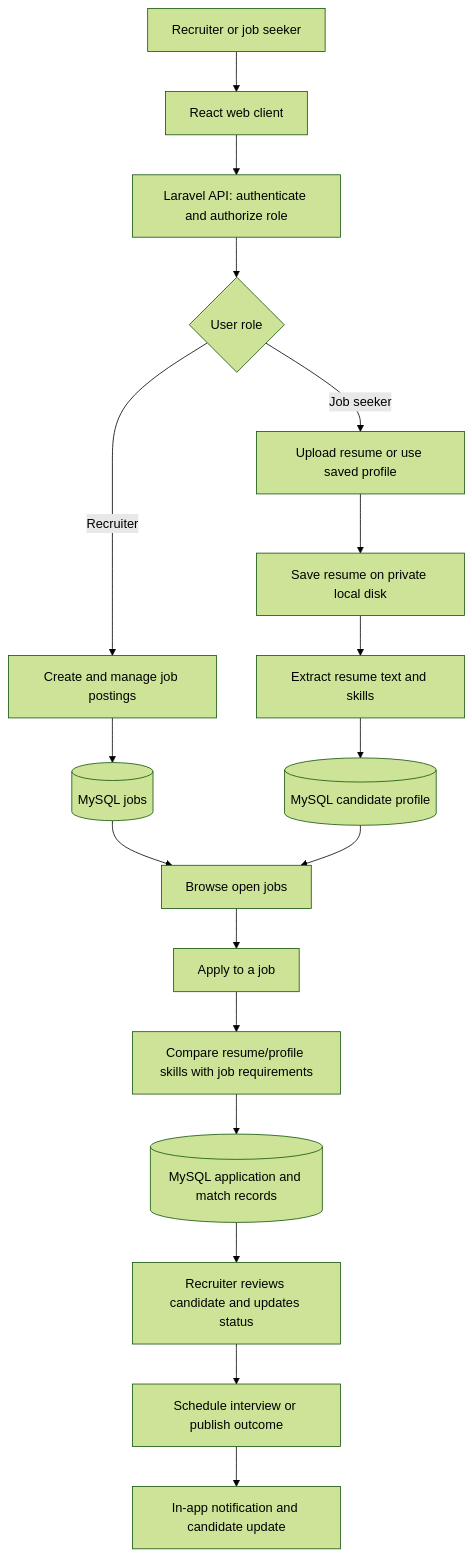
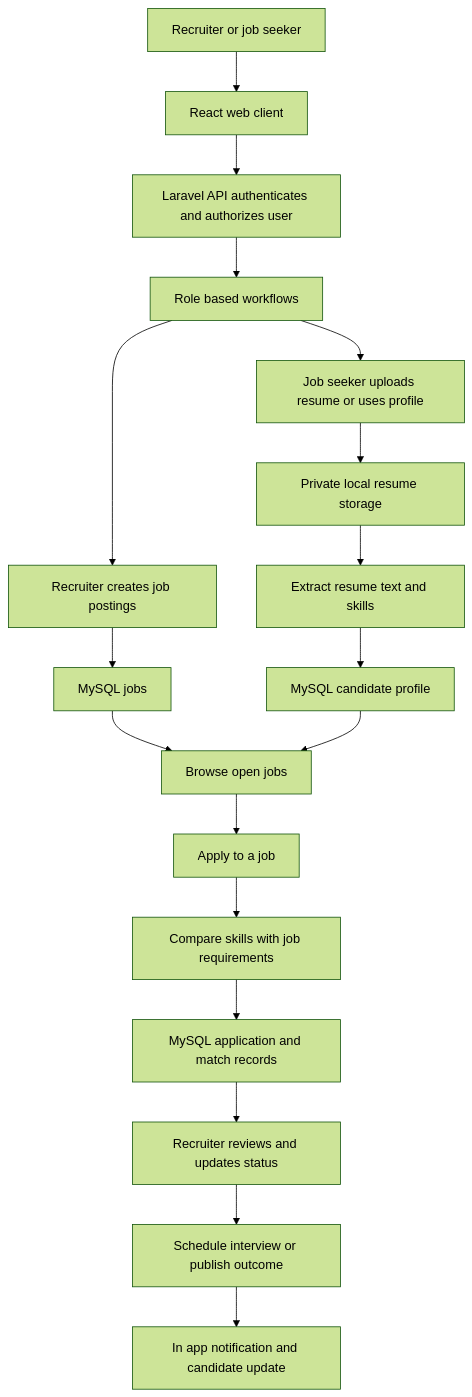
One commit to monishacd/AWS-based-applicant-tracking-system changed the third of 4 diagrams in README.md. Above: the diagram before and after it, drawn with Mermaid (forest theme). The commit also changed other lines of this file, not shown here.

````diff
--- a/README.md
+++ b/README.md
@@ -607,20 +607,20 @@
 ```mermaid
-flowchart TD
+graph TD
     Browser[Recruiter or job seeker] --> Client[React web client]
-    Client --> Auth[Laravel API: authenticate and authorize role]
-    Auth --> Role{User role}
-    Role -->|Recruiter| JobSetup[Create and manage job postings]
-    JobSetup --> Jobs[(MySQL jobs)]
-    Role -->|Job seeker| Resume[Upload resume or use saved profile]
-    Resume --> Store[Save resume on private local disk]
+    Client --> Auth[Laravel API authenticates and authorizes user]
+    Auth --> Role[Role based workflows]
+    Role --> JobSetup[Recruiter creates job postings]
+    JobSetup --> Jobs[MySQL jobs]
+    Role --> Resume[Job seeker uploads resume or uses profile]
+    Resume --> Store[Private local resume storage]
     Store --> Parse[Extract resume text and skills]
-    Parse --> Profile[(MySQL candidate profile)]
+    Parse --> Profile[MySQL candidate profile]
     Jobs --> Discovery[Browse open jobs]
     Profile --> Discovery
     Discovery --> Apply[Apply to a job]
-    Apply --> Match[Compare resume/profile skills with job requirements]
-    Match --> Records[(MySQL application and match records)]
-    Records --> Review[Recruiter reviews candidate and updates status]
+    Apply --> Match[Compare skills with job requirements]
+    Match --> Records[MySQL application and match records]
+    Records --> Review[Recruiter reviews and updates status]
     Review --> Interview[Schedule interview or publish outcome]
-    Interview --> Notify[In-app notification and candidate update]
+    Interview --> Notify[In app notification and candidate update]
 ```
````
